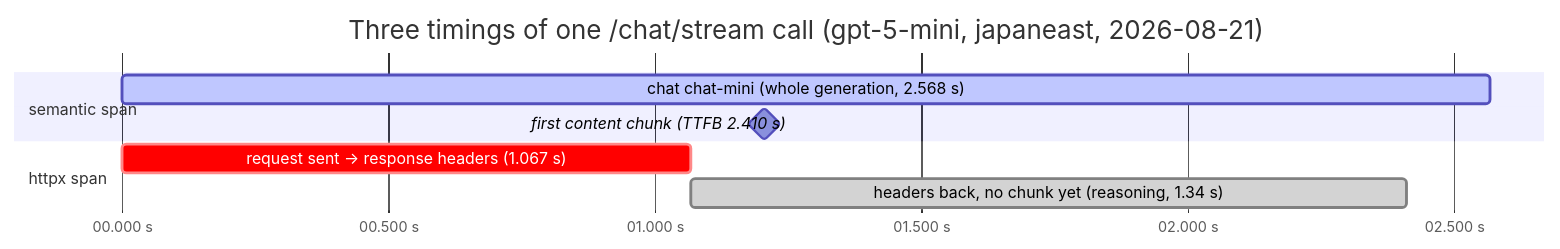
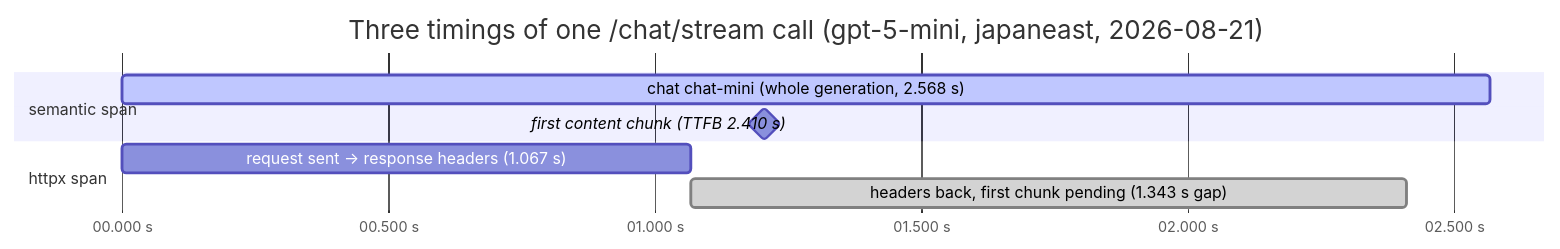
The diagram in docs/diagrams/streaming-latency.md (kehao-playground/azure-genai-backend-lab), drawn with Mermaid before and after one commit. The commit also changed other lines of this file and 3 other files, not shown here.

````diff
--- a/docs/diagrams/streaming-latency.md
+++ b/docs/diagrams/streaming-latency.md
@@ -24,13 +28,13 @@
 ```mermaid
 gantt
     title Three timings of one /chat/stream call (gpt-5-mini, japaneast, 2026-08-21)
     dateFormat x
     axisFormat %S.%L s
     tickInterval 500millisecond
     section semantic span
         chat chat-mini (whole generation, 2.568 s) : active, 0, 2568
         first content chunk (TTFB 2.410 s)         : milestone, 2410, 0
     section httpx span
-        request sent -> response headers (1.067 s)      : crit, 0, 1067
-        headers back, no chunk yet (reasoning, 1.34 s)  : done, 1067, 2410
+        request sent -> response headers (1.067 s)          : 0, 1067
+        headers back, first chunk pending (1.343 s gap)     : done, 1067, 2410
 ```
````
